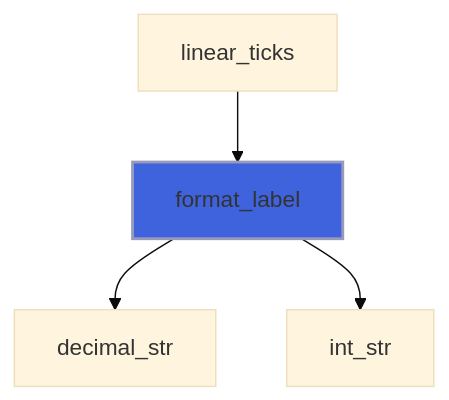
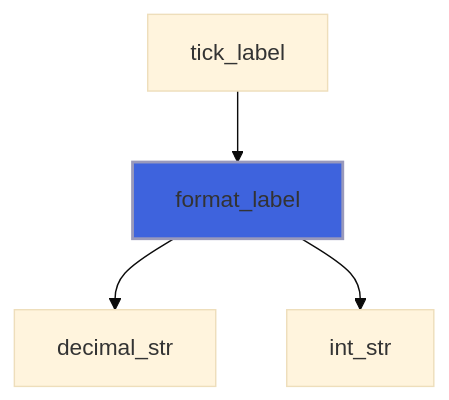
Before and after one commit to szaghi/foresight: diagram 11 of 16 in docs/api/src/lib/foresight_ticks.md, drawn with Mermaid (base theme). The commit also changed other lines of this file and 42 other files, not shown here.

First line of the commit message:
feat(script): add tick settings, label formats, key placement and styles

````diff
--- a/docs/api/src/lib/foresight_ticks.md
+++ b/docs/api/src/lib/foresight_ticks.md
@@ -182,7 +428,7 @@
 ```mermaid
 flowchart TD
-  linear_ticks["linear_ticks"] --> format_label["format_label"]
+  tick_label["tick_label"] --> format_label["format_label"]
   format_label["format_label"] --> decimal_str["decimal_str"]
   format_label["format_label"] --> int_str["int_str"]
   style format_label fill:#3e63dd,stroke:#99b,stroke-width:2px
 ```
````
